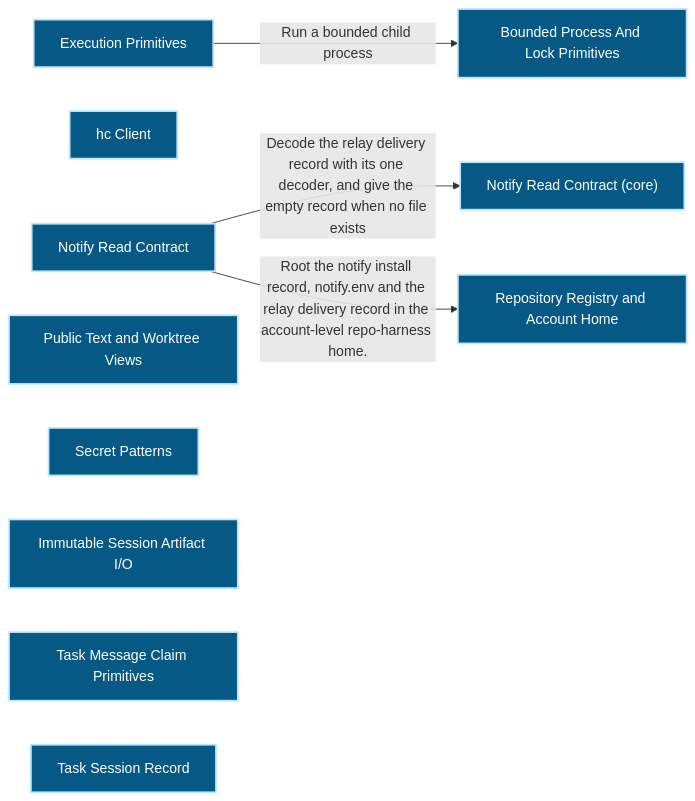
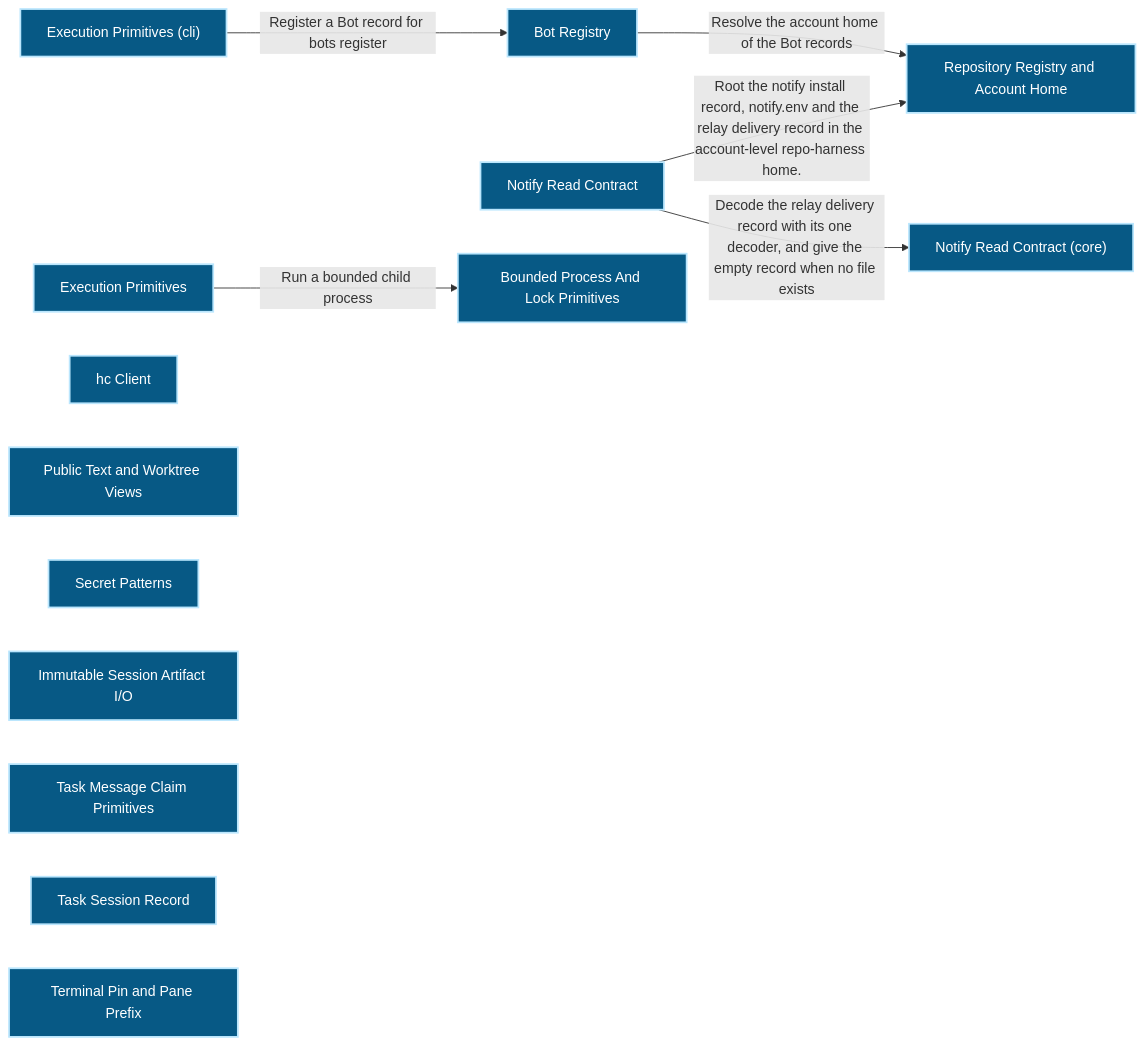
One commit to Ancienttwo/repo-harness changed the first of 2 diagrams in docs/architecture/modules/workflow-engine/execution-primitives.md. Above: the diagram before and after it, drawn with Mermaid. The commit also changed other lines of this file and 19 other files, not shown here.

First line of the commit message:
chore(projection): refresh generated architecture outputs for main@5a92c31ccf98

````diff
--- a/docs/architecture/modules/workflow-engine/execution-primitives.md
+++ b/docs/architecture/modules/workflow-engine/execution-primitives.md
@@ -16,21 +16,26 @@
 ```mermaid
 flowchart LR
   p1_capability_workflow_engine_execution_primitives_b3033934["Execution Primitives"]:::component
+  p1_component_execution_primitives_bot_registry_5584811f["Bot Registry"]:::component
+  p1_component_execution_primitives_cli_layer_61a69b63["Execution Primitives (cli)"]:::component
   p1_component_execution_primitives_hc_client_0c8c8ef8["hc Client"]:::component
   p1_component_execution_primitives_notify_read_829d6cce["Notify Read Contract"]:::component
   p1_component_execution_primitives_notify_read_core_614397cc["Notify Read Contract (core)"]:::component
   p1_component_execution_primitives_primary_800678c8["Bounded Process And Lock Primitives"]:::component
   p1_component_execution_primitives_public_projections_1287b1f9["Public Text and Worktree Views"]:::component
   p1_component_execution_primitives_repository_registry_49e2fbe9["Repository Registry and Account Home"]:::component
   p1_component_execution_primitives_secret_patterns_075f309a["Secret Patterns"]:::component
   p1_component_execution_primitives_session_artifact_io_f1f01a74["Immutable Session Artifact I/O"]:::component
   p1_component_execution_primitives_task_message_claim_dbe6af55["Task Message Claim Primitives"]:::component
   p1_component_execution_primitives_task_session_record_e7a96008["Task Session Record"]:::component
+  p1_component_execution_primitives_terminal_core_39d5e0ae["Terminal Pin and Pane Prefix"]:::component
+  p1_component_execution_primitives_bot_registry_5584811f -->|"Resolve the account home of the Bot records"| p1_component_execution_primitives_repository_registry_49e2fbe9
+  p1_component_execution_primitives_cli_layer_61a69b63 -->|"Register a Bot record for bots register"| p1_component_execution_primitives_bot_registry_5584811f
   p1_component_execution_primitives_notify_read_829d6cce -->|"Decode the relay delivery record with its one decoder#44; and give the empty record when no file exists"| p1_component_execution_primitives_notify_read_core_614397cc
   p1_component_execution_primitives_notify_read_829d6cce -->|"Root the notify install record#44; notify.env and the relay delivery record in the account-level repo-harness home."| p1_component_execution_primitives_repository_registry_49e2fbe9
   p1_capability_workflow_engine_execution_primitives_b3033934 -->|"Run a bounded child process"| p1_component_execution_primitives_primary_800678c8
   classDef actor fill:#111827,color:#ffffff,stroke:#f9fafb,stroke-width:2px
   classDef component fill:#075985,color:#ffffff,stroke:#bae6fd,stroke-width:2px
   classDef datastore fill:#3f6212,color:#ffffff,stroke:#d9f99d,stroke-width:2px
   classDef external fill:#7c2d12,color:#ffffff,stroke:#fed7aa,stroke-width:2px
 ```
````
